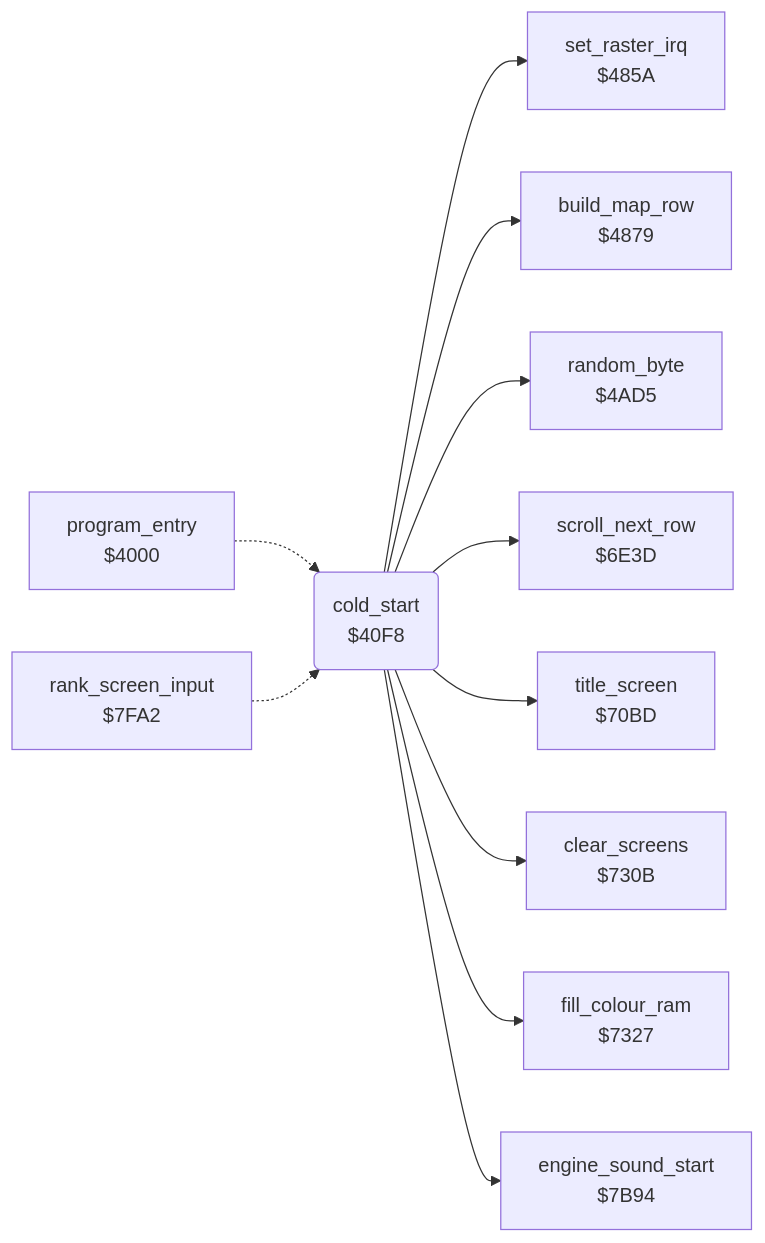
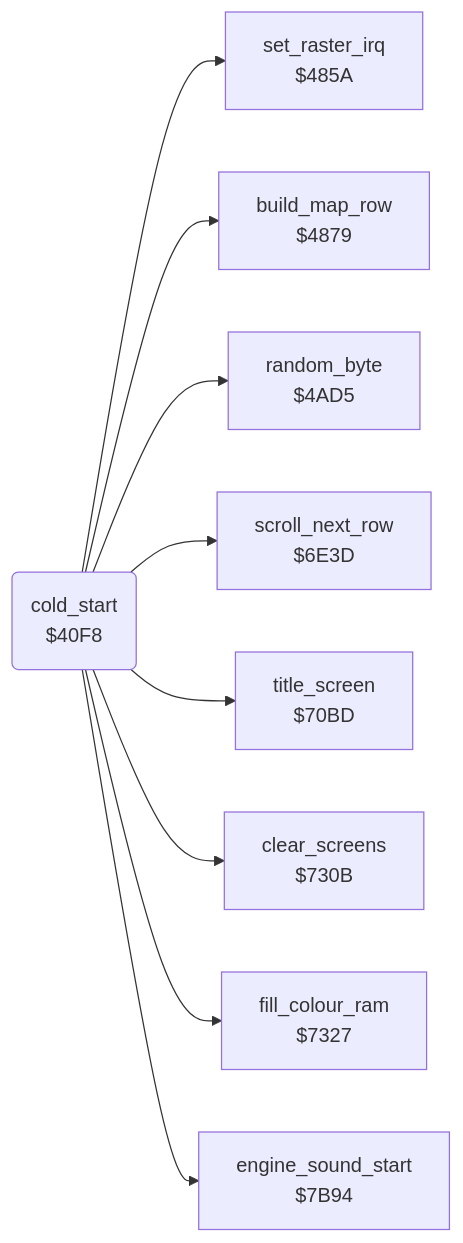
The diagram in blue_max/docs/reference/modules/init/game_start.md (henols/c64_games), drawn with Mermaid before and after one commit. The commit also changed other lines of this file and 1100 other files, not shown here.

````diff
--- a/blue_max/docs/reference/modules/init/game_start.md
+++ b/blue_max/docs/reference/modules/init/game_start.md
@@ -10,24 +18,20 @@
 ```mermaid
 flowchart LR
-  n4000["program_entry<br/>$4000"]
   n40f8("cold_start<br/>$40F8")
   n485a["set_raster_irq<br/>$485A"]
   n4879["build_map_row<br/>$4879"]
   n4ad5["random_byte<br/>$4AD5"]
   n6e3d["scroll_next_row<br/>$6E3D"]
   n70bd["title_screen<br/>$70BD"]
   n730b["clear_screens<br/>$730B"]
   n7327["fill_colour_ram<br/>$7327"]
   n7b94["engine_sound_start<br/>$7B94"]
-  n7fa2["rank_screen_input<br/>$7FA2"]
-  n4000 -.-> n40f8
   n40f8 --> n485a
   n40f8 --> n4879
   n40f8 --> n4ad5
   n40f8 --> n6e3d
   n40f8 --> n70bd
   n40f8 --> n730b
   n40f8 --> n7327
   n40f8 --> n7b94
-  n7fa2 -.-> n40f8
 ```
````
